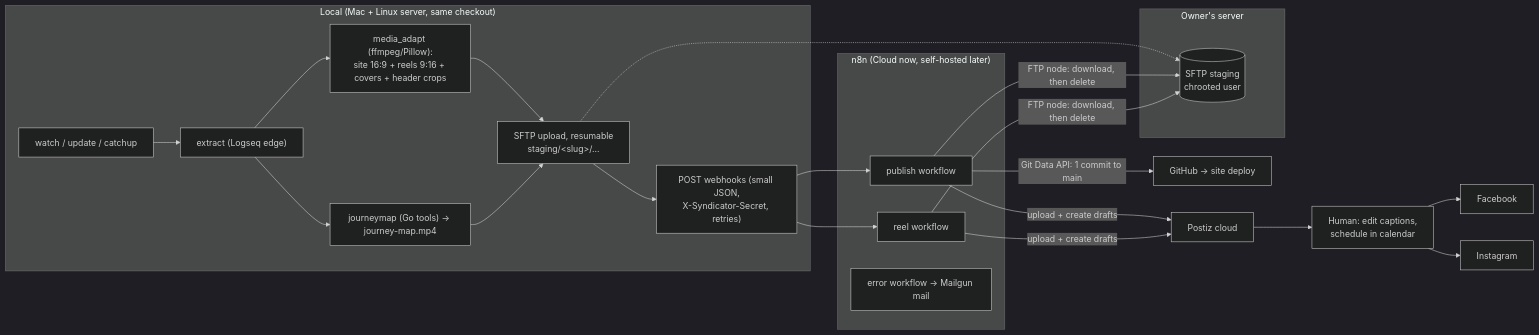
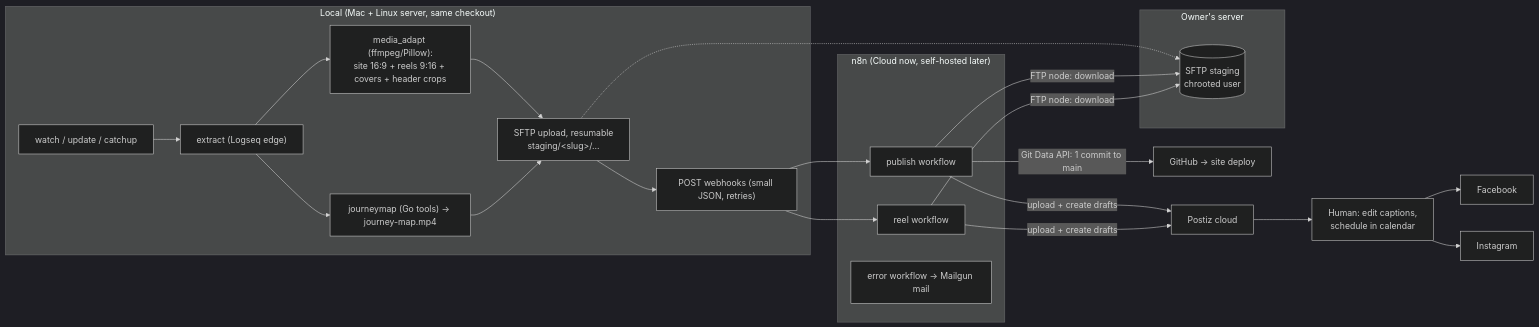
Before and after one commit to bbaumgartner/syndicator: the diagram in docs/n8n-migration.md, drawn with Mermaid (dark theme). The commit also changed other lines of this file, not shown here.

````diff
--- a/docs/n8n-migration.md
+++ b/docs/n8n-migration.md
@@ -57,25 +58,25 @@
 ```mermaid
 flowchart LR
     subgraph Local["Local (Mac + Linux server, same checkout)"]
         M["watch / update / catchup"] --> X["extract (Logseq edge)"]
         X --> A["media_adapt (ffmpeg/Pillow):\nsite 16:9 + reels 9:16 + covers + header crops"]
         X --> J["journeymap (Go tools) -> journey-map.mp4"]
         A & J --> U["SFTP upload, resumable\nstaging/&lt;slug&gt;/..."]
-        U --> W["POST webhooks (small JSON,\nX-Syndicator-Secret, retries)"]
+        U --> W["POST webhooks (small JSON, retries)"]
     end
     subgraph Server["Owner's server"]
         S[("SFTP staging\nchrooted user")]
     end
     subgraph n8n["n8n (Cloud now, self-hosted later)"]
         WF1["publish workflow"]
         WF2["reel workflow"]
         WFE["error workflow -> Mailgun mail"]
     end
     U -.-> S
     W --> WF1 & WF2
-    WF1 & WF2 -->|"FTP node: download, then delete"| S
+    WF1 & WF2 -->|"FTP node: download"| S
     WF1 -->|"Git Data API: 1 commit to main"| GH["GitHub -> site deploy"]
     WF1 & WF2 -->|"upload + create drafts"| PZ["Postiz cloud"]
     PZ --> H["Human: edit captions,\nschedule in calendar"]
     H --> FB["Facebook"] & IG["Instagram"]
 ```
````
